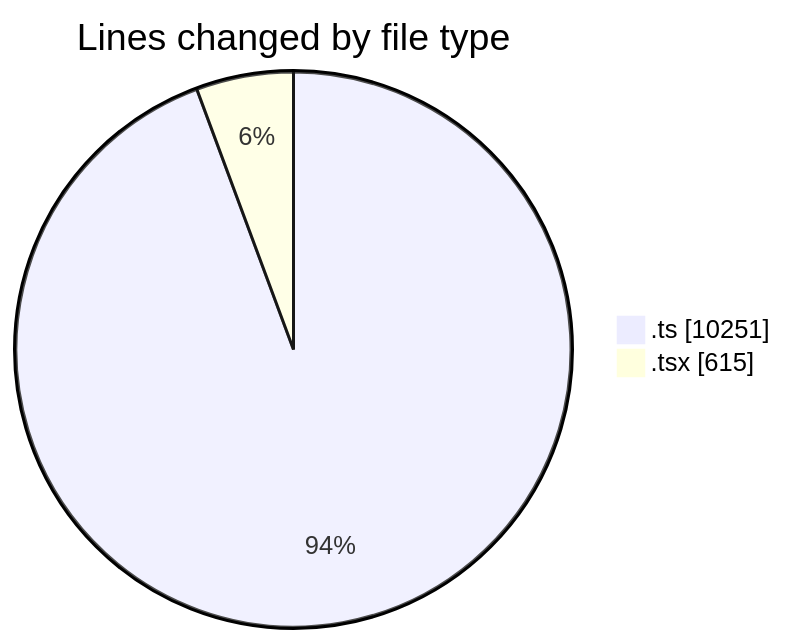
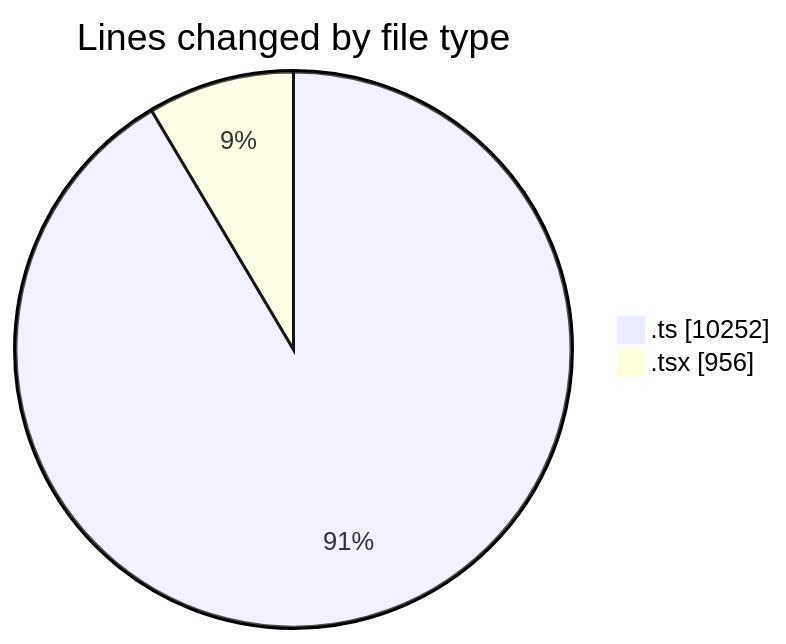
The first of 2 diagrams in 2025-06-23/cda/README.md (momahboobian/code-tracking), drawn with Mermaid before and after one commit. The commit also changed other lines of this file and 1 other file, not shown here.

````diff
--- a/2025-06-23/cda/README.md
+++ b/2025-06-23/cda/README.md
@@ -24,6 +26,6 @@
 ```mermaid
 pie showData
 title Lines changed by file type
-".ts" : 10251
-".tsx" : 615
+".ts" : 10252
+".tsx" : 956
 ```
````
